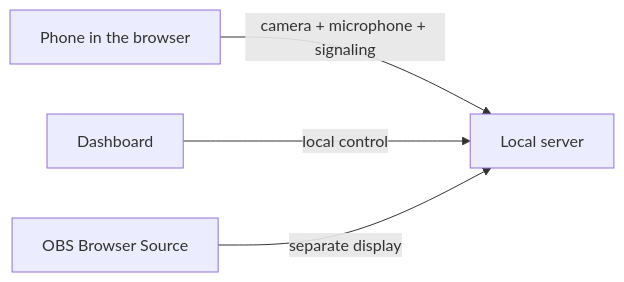
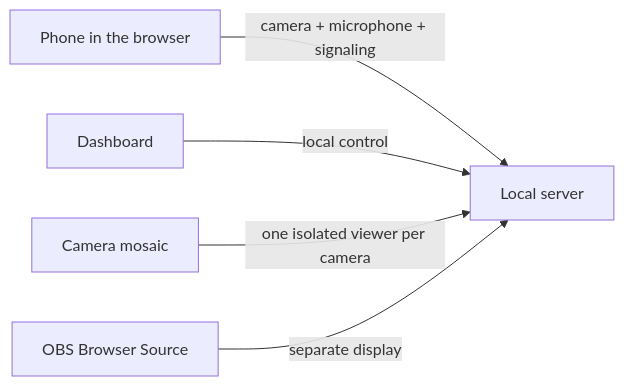
Before and after one commit to MasterBougli/BouCamPhoneServ: the diagram in docs/ARCHITECTURE.md, drawn with Mermaid. The commit also changed other lines of this file and 25 other files, not shown here.

Commit message:
feat: add camera mosaic and Windows tray controls

````diff
--- a/docs/ARCHITECTURE.md
+++ b/docs/ARCHITECTURE.md
@@ -17,11 +17,13 @@
 ```mermaid
 flowchart LR
   Phone["Phone in the browser"]
   Server["Local server"]
   Dashboard["Dashboard"]
+  Mosaic["Camera mosaic"]
   OBS["OBS Browser Source"]
 
   Phone -->|"camera + microphone + signaling"| Server
   Dashboard -->|"local control"| Server
+  Mosaic -->|"one isolated viewer per camera"| Server
   OBS -->|"separate display"| Server
 ```
````
